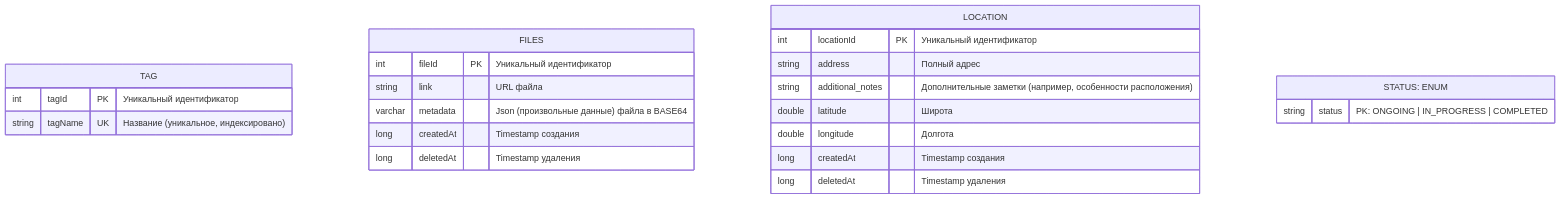
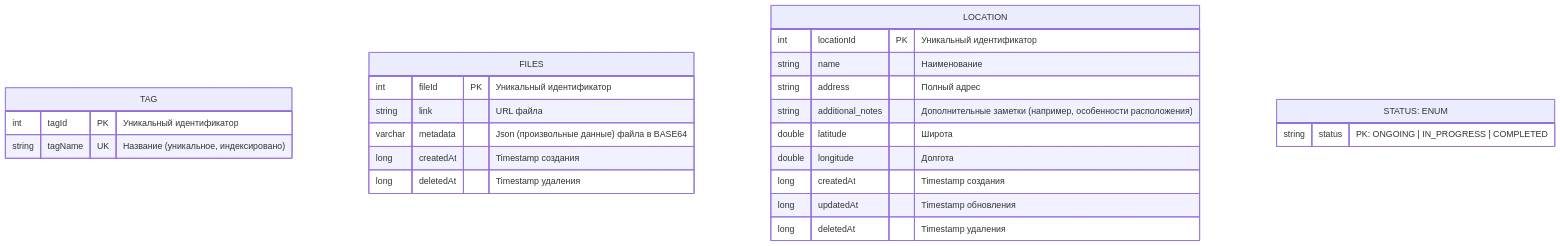
One commit to ADT-VOLUNTEERS-CASE/.github changed the second of 3 diagrams in documentation/architecture/erd.md. Above: the diagram before and after it, drawn with Mermaid. The commit also changed other lines of this file, not shown here.

First line of the commit message:
Add: location name field (#10)

````diff
--- a/documentation/architecture/erd.md
+++ b/documentation/architecture/erd.md
@@ -67,31 +67,31 @@
 ```mermaid
 erDiagram
     TAG {
         int tagId PK "Уникальный идентификатор"
         string tagName UK "Название (уникальное, индексировано)"
     }
 
     FILES {
         int fileId PK "Уникальный идентификатор"
         string link "URL файла"
         varchar metadata "Json (произвольные данные) файла в BASE64"
-
-       long createdAt "Timestamp создания"
-       long deletedAt "Timestamp удаления"
+        long createdAt "Timestamp создания"
+        long deletedAt "Timestamp удаления"
     }
 
     LOCATION {
         int locationId PK "Уникальный идентификатор"
+        string name "Наименование"
         string address "Полный адрес"
         string additional_notes "Дополнительные заметки (например, особенности расположения)"
         double latitude "Широта"
         double longitude "Долгота"
-
-       long createdAt "Timestamp создания"
-       long deletedAt "Timestamp удаления"
+        long createdAt "Timestamp создания"
+        long updatedAt "Timestamp обновления"
+        long deletedAt "Timestamp удаления"
     }
 
     STATUS["STATUS: ENUM"] {
         string status "PK: ONGOING | IN_PROGRESS | COMPLETED"
     }
 ```
````
